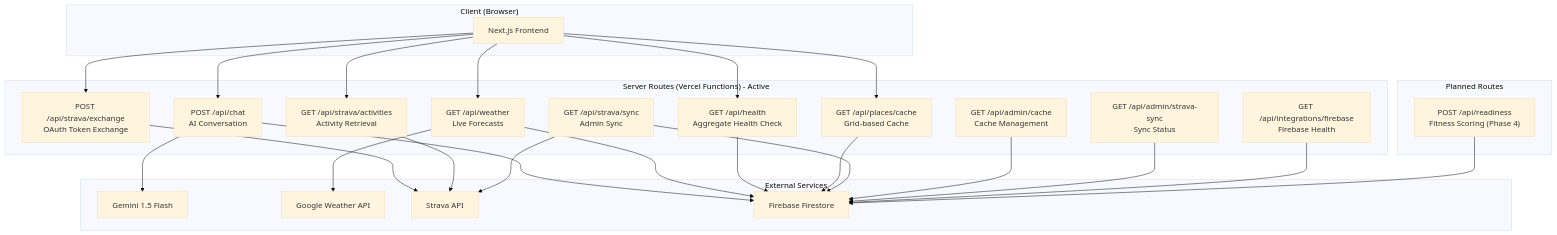
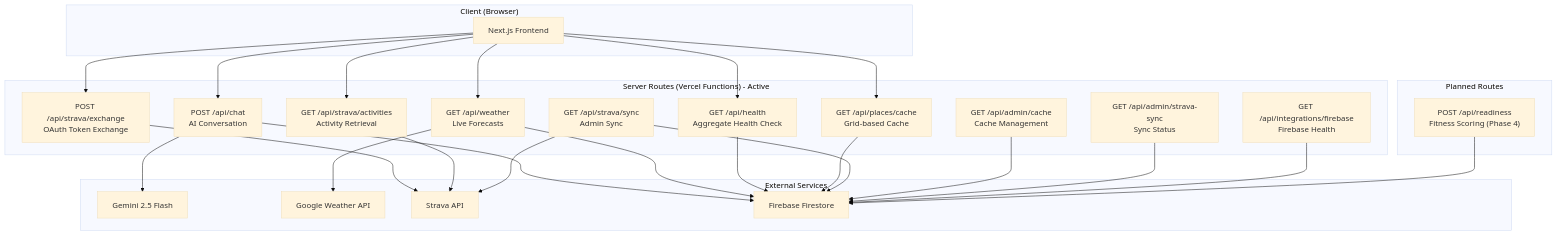
The first of 10 diagrams in docs/wiki/API.md (Oweeboi011/Fit-Ready-IQ), drawn with Mermaid (base theme) before and after one commit. The commit also changed other lines of this file and 11 other files, not shown here.

First line of the commit message:
docs: fix stale paths, branch flow, versions, and structural bugs

````diff
--- a/docs/wiki/API.md
+++ b/docs/wiki/API.md
@@ -28,52 +28,52 @@
 ```mermaid
 graph TB
     subgraph Client["Client (Browser)"]
         UI["Next.js Frontend"]
     end
 
     subgraph ServerRoutes["Server Routes (Vercel Functions) - Active"]
         Chat["POST /api/chat<br/>AI Conversation"]
         Weather["GET /api/weather<br/>Live Forecasts"]
         Health["GET /api/health<br/>Aggregate Health Check"]
         PlacesCache["GET /api/places/cache<br/>Grid-based Cache"]
         StravaEx["POST /api/strava/exchange<br/>OAuth Token Exchange"]
         StravaAct["GET /api/strava/activities<br/>Activity Retrieval"]
         StravaSync["GET /api/strava/sync<br/>Admin Sync"]
         AdminCache["GET /api/admin/cache<br/>Cache Management"]
         AdminStrava["GET /api/admin/strava-sync<br/>Sync Status"]
         Firebase["GET /api/integrations/firebase<br/>Firebase Health"]
     end
 
     subgraph PlannedRoutes["Planned Routes"]
         Readiness["POST /api/readiness<br/>Fitness Scoring (Phase 4)"]
     end
 
     subgraph External["External Services"]
-        Gemini["Gemini 1.5 Flash"]
+        Gemini["Gemini 2.5 Flash"]
         GoogleW["Google Weather API"]
         Strava["Strava API"]
         FS["Firebase Firestore"]
     end
 
     UI --> Chat
     UI --> Weather
     UI --> Health
     UI --> PlacesCache
     UI --> StravaEx
     UI --> StravaAct
 
     Chat --> Gemini
     Chat --> FS
     Weather --> GoogleW
     Weather --> FS
     Health --> FS
     PlacesCache --> FS
     StravaEx --> Strava
     StravaAct --> Strava
     StravaSync --> Strava
     StravaSync --> FS
     AdminCache --> FS
     AdminStrava --> FS
     Firebase --> FS
     Readiness --> FS
 ```
````
